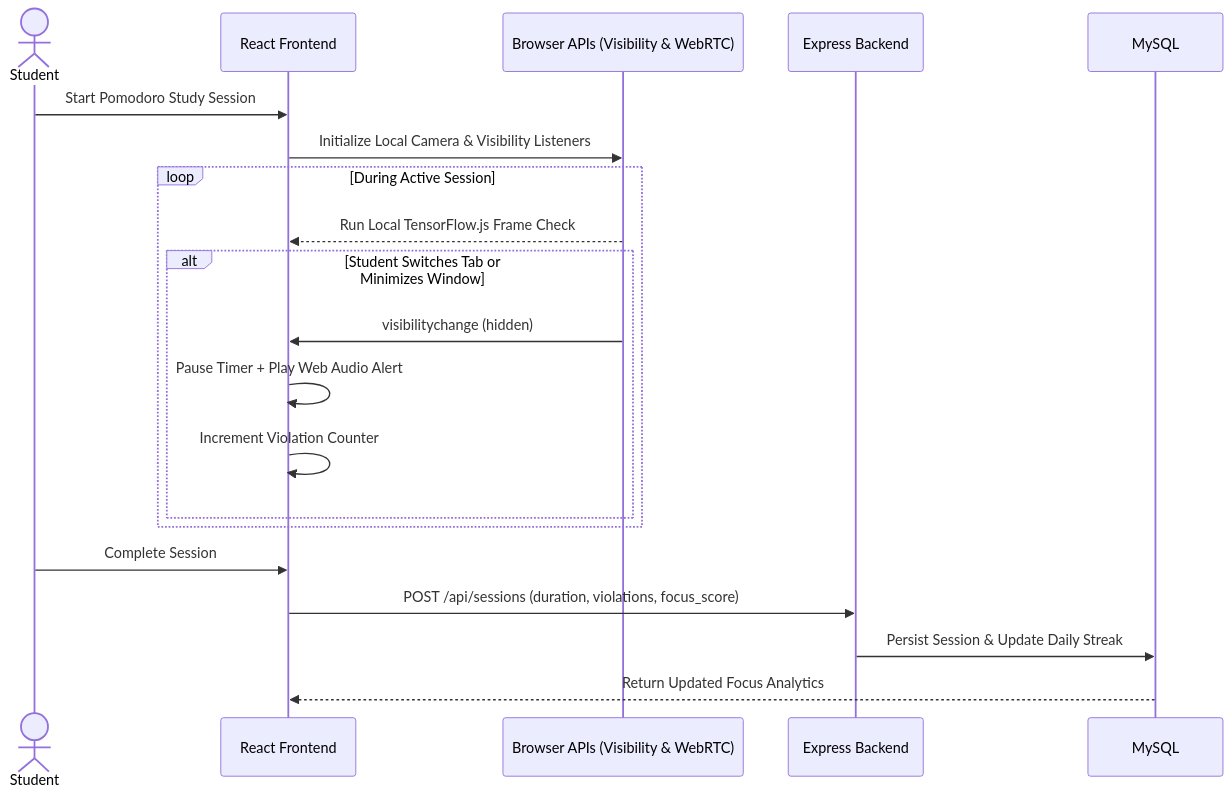
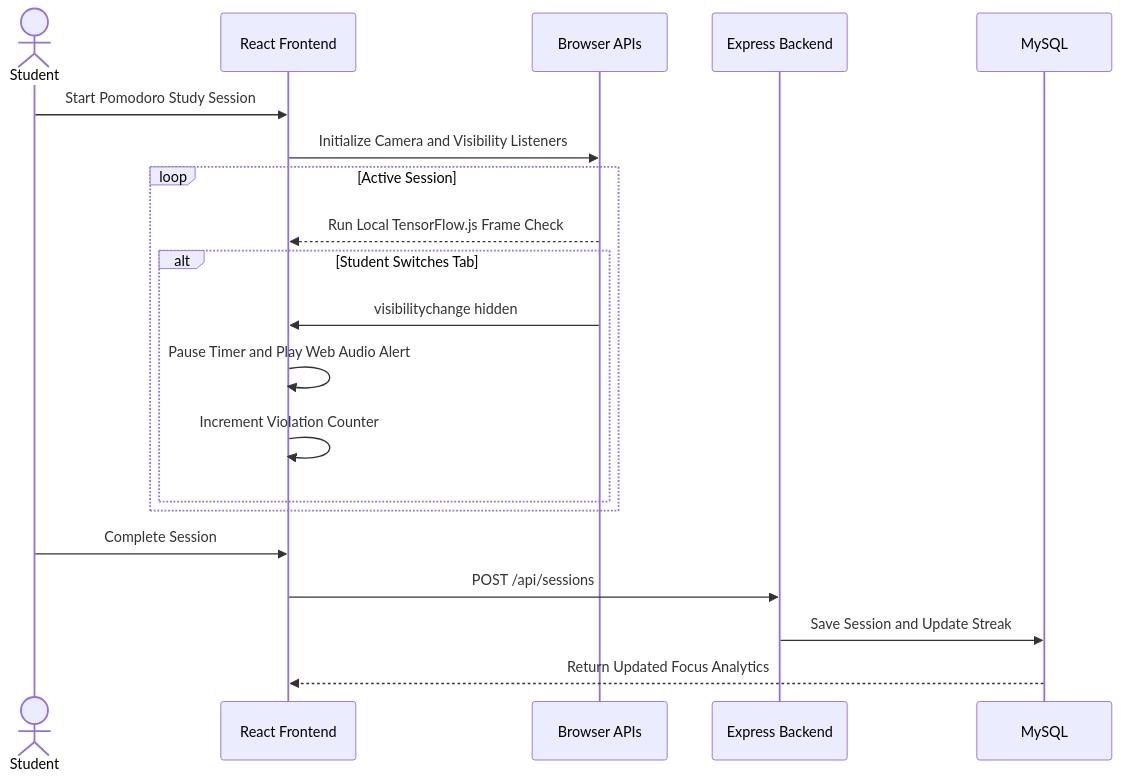
Before and after one commit to Chirag-Salecha/FOCUSFLOW: the second of 3 diagrams in README.md, drawn with Mermaid. The commit also changed other lines of this file, not shown here.

````diff
--- a/README.md
+++ b/README.md
@@ -54,23 +91,23 @@
 ```mermaid
 sequenceDiagram
     actor Student
     participant App as React Frontend
-    participant API as Browser APIs (Visibility & WebRTC)
+    participant API as Browser APIs
     participant Server as Express Backend
     participant DB as MySQL
 
     Student->>App: Start Pomodoro Study Session
-    App->>API: Initialize Local Camera & Visibility Listeners
-    loop During Active Session
+    App->>API: Initialize Camera and Visibility Listeners
+    loop Active Session
         API-->>App: Run Local TensorFlow.js Frame Check
-        alt Student Switches Tab or Minimizes Window
-            API->>App: visibilitychange (hidden)
-            App->>App: Pause Timer + Play Web Audio Alert
+        alt Student Switches Tab
+            API->>App: visibilitychange hidden
+            App->>App: Pause Timer and Play Web Audio Alert
             App->>App: Increment Violation Counter
         end
     end
     Student->>App: Complete Session
-    App->>Server: POST /api/sessions (duration, violations, focus_score)
-    Server->>DB: Persist Session & Update Daily Streak
+    App->>Server: POST /api/sessions
+    Server->>DB: Save Session and Update Streak
     DB-->>App: Return Updated Focus Analytics
 ```
````
